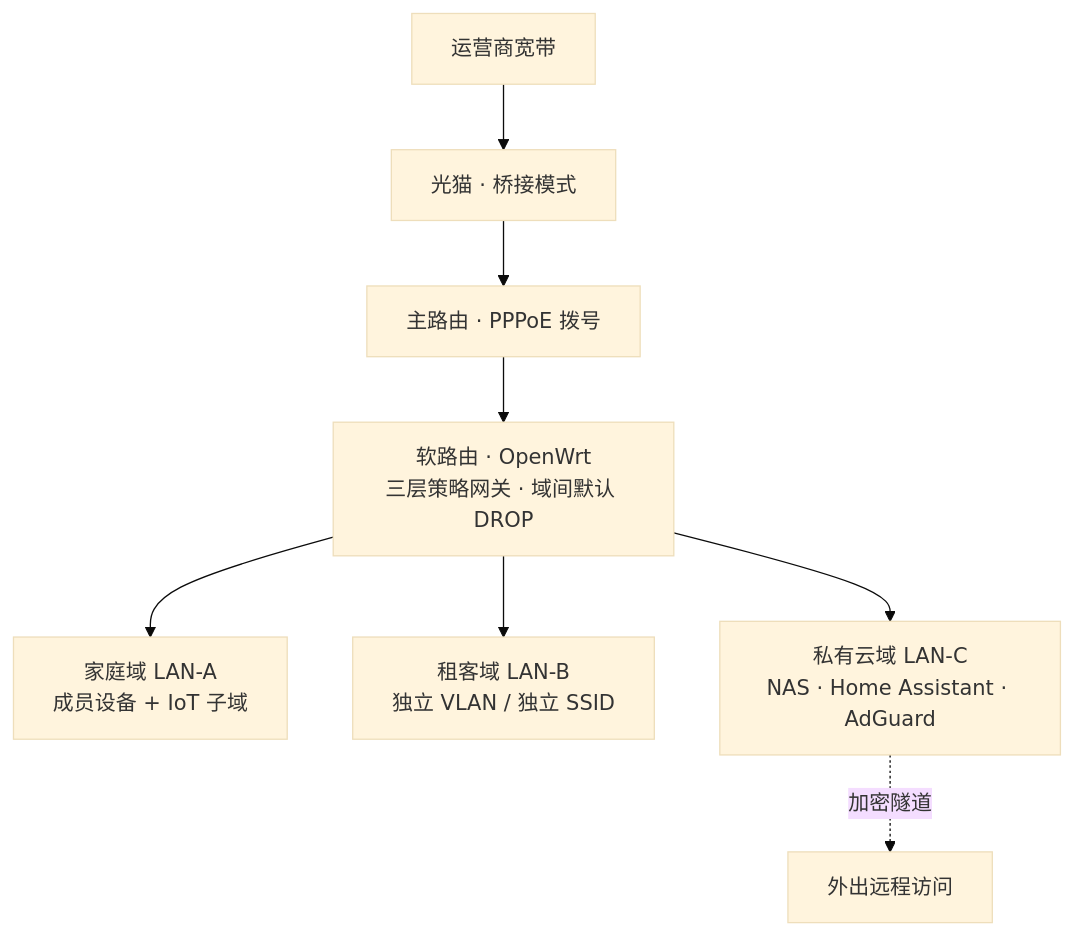
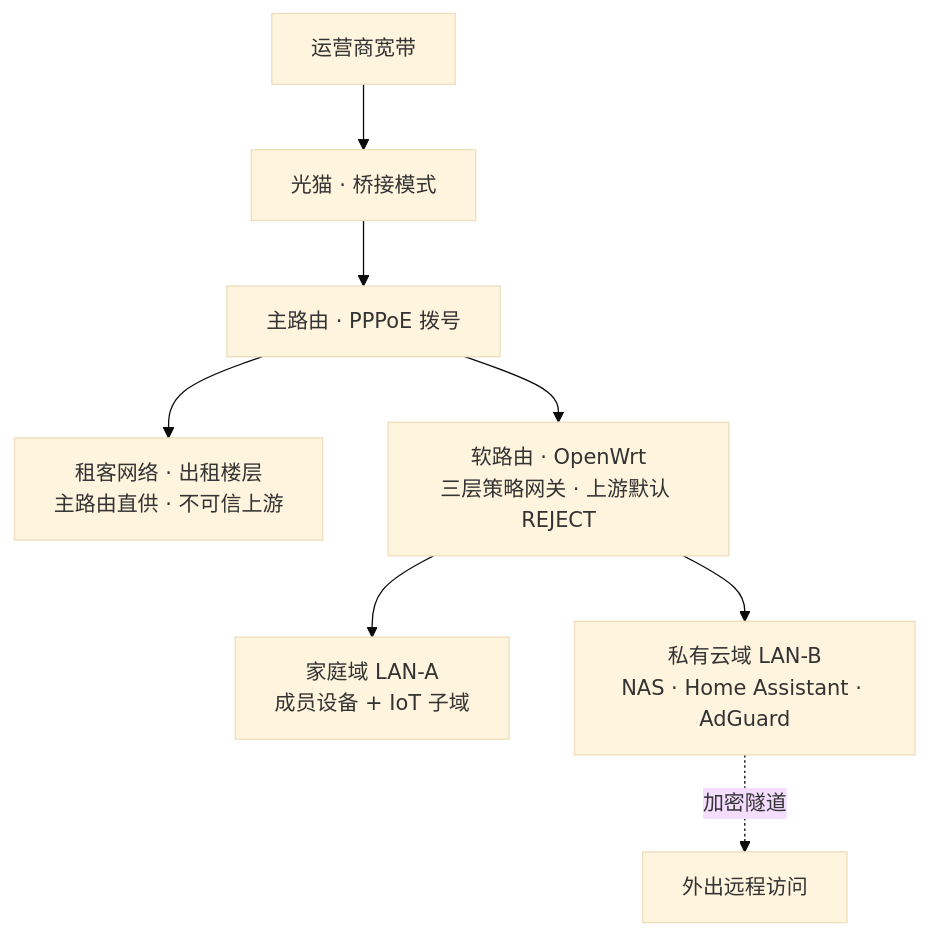
One commit to dandanliangle/home-private-cloud changed the first of 2 diagrams in README.md. Above: the diagram before and after it, drawn with Mermaid (base theme). The commit also changed other lines of this file and 1 other file, not shown here.

````diff
--- a/README.md
+++ b/README.md
@@ -25,10 +25,10 @@
 ```mermaid
 flowchart TB
     ISP[运营商宽带] --> MODEM[光猫 · 桥接模式]
     MODEM --> R1[主路由 · PPPoE 拨号]
-    R1 --> SR[软路由 · OpenWrt<br/>三层策略网关 · 域间默认 DROP]
+    R1 --> TN[租客网络 · 出租楼层<br/>主路由直供 · 不可信上游]
+    R1 --> SR[软路由 · OpenWrt<br/>三层策略网关 · 上游默认 REJECT]
     SR --> A[家庭域 LAN-A<br/>成员设备 + IoT 子域]
-    SR --> B[租客域 LAN-B<br/>独立 VLAN / 独立 SSID]
-    SR --> C[私有云域 LAN-C<br/>NAS · Home Assistant · AdGuard]
-    C -. 加密隧道 .-> RA[外出远程访问]
+    SR --> B[私有云域 LAN-B<br/>NAS · Home Assistant · AdGuard]
+    B -. 加密隧道 .-> RA[外出远程访问]
 ```
````
